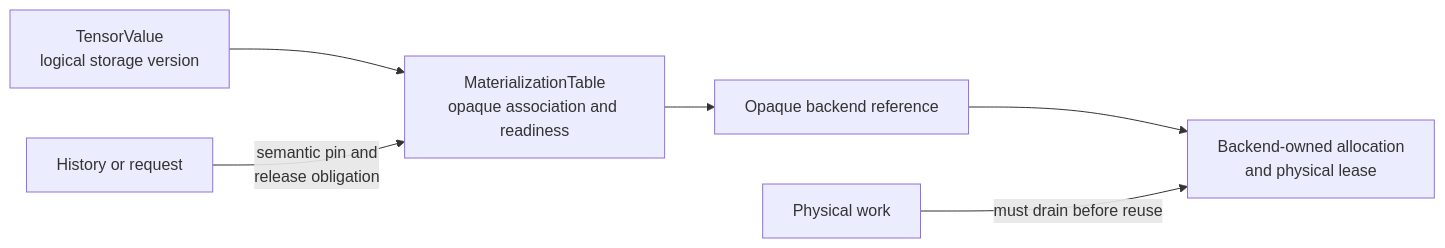
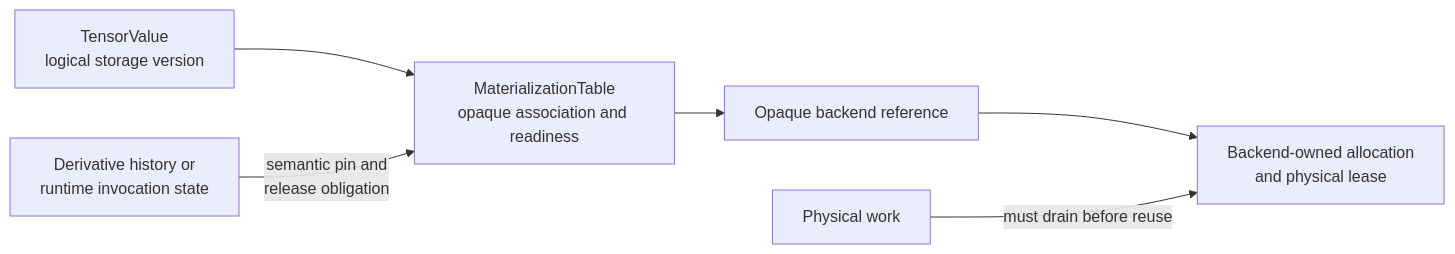
One commit to isaacperez/tabgrad changed the third of 3 diagrams in docs/architecture/semantic-state.md. Above: the diagram before and after it, drawn with Mermaid. The commit also changed other lines of this file and 2 other files, not shown here.

Commit message:
Clarify runtime ownership and reentrant backward

````diff
--- a/docs/architecture/semantic-state.md
+++ b/docs/architecture/semantic-state.md
@@ -130,8 +130,8 @@
 ```mermaid
 flowchart LR
     Value[TensorValue<br/>logical storage version] --> Table[MaterializationTable<br/>opaque association and readiness]
     Table --> Ref[Opaque backend reference]
     Ref --> Pool[Backend-owned allocation<br/>and physical lease]
-    History[History or request] -->|semantic pin and<br/>release obligation| Table
+    History[Derivative history or<br/>runtime invocation state] -->|semantic pin and<br/>release obligation| Table
     Ticket[Physical work] -->|must drain before reuse| Pool
 ```
````
